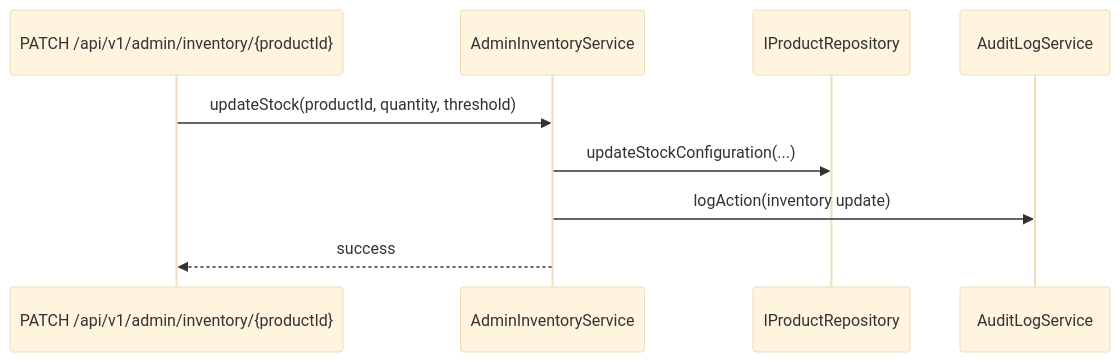
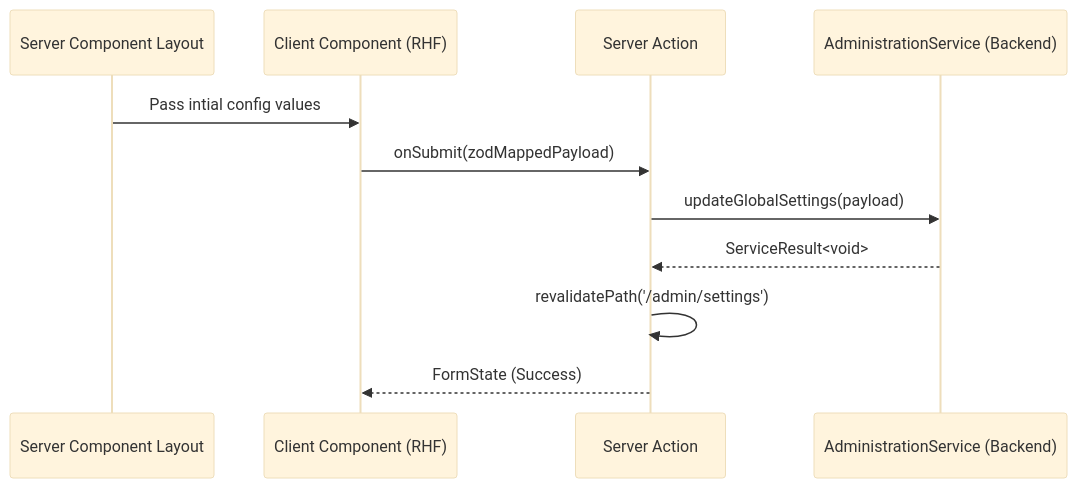
Before and after one commit to 3mrhussein/findeg: the diagram in packages/dashboard/src/features/administration/README.md, drawn with Mermaid (base theme). The commit also changed other lines of this file and 94 other files, not shown here.

Commit message:
refactor: migrate database schema to centralized directory and clean up legacy documentation and core infrastructure files

````diff
--- a/packages/dashboard/src/features/administration/README.md
+++ b/packages/dashboard/src/features/administration/README.md
@@ -36,11 +25,14 @@
 ```mermaid
 sequenceDiagram
-    participant API as PATCH /api/v1/admin/inventory/{productId}
-    participant Service as AdminInventoryService
-    participant Repo as IProductRepository
-    participant Audit as AuditLogService
-    API->>Service: updateStock(productId, quantity, threshold)
-    Service->>Repo: updateStockConfiguration(...)
-    Service->>Audit: logAction(inventory update)
-    Service-->>API: success
+    participant NextPage as Server Component Layout
+    participant Form as Client Component (RHF)
+    participant Action as Server Action
+    participant AS as AdministrationService (Backend)
+
+    NextPage->>Form: Pass intial config values
+    Form->>Action: onSubmit(zodMappedPayload)
+    Action->>AS: updateGlobalSettings(payload)
+    AS-->>Action: ServiceResult<void>
+    Action->>Action: revalidatePath('/admin/settings')
+    Action-->>Form: FormState (Success)
 ```
````
